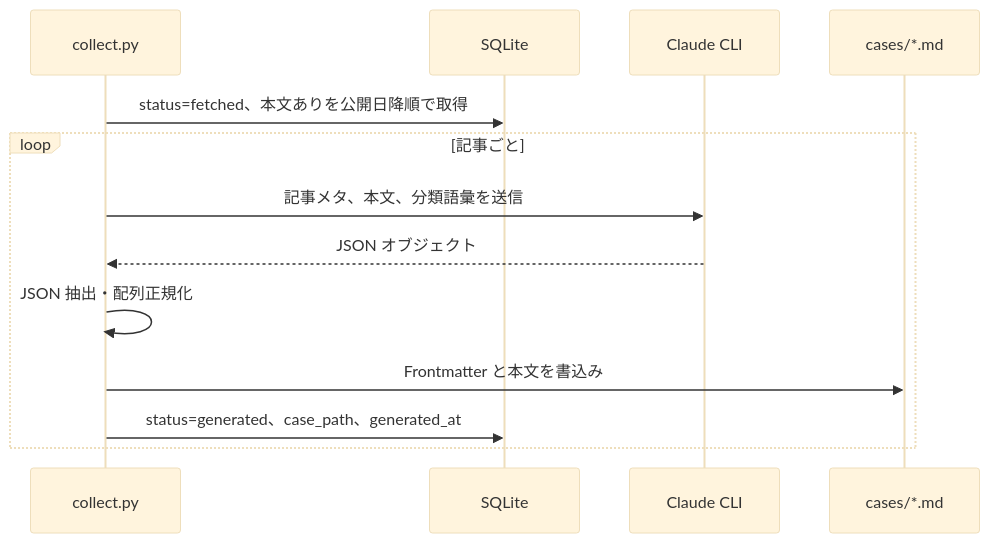
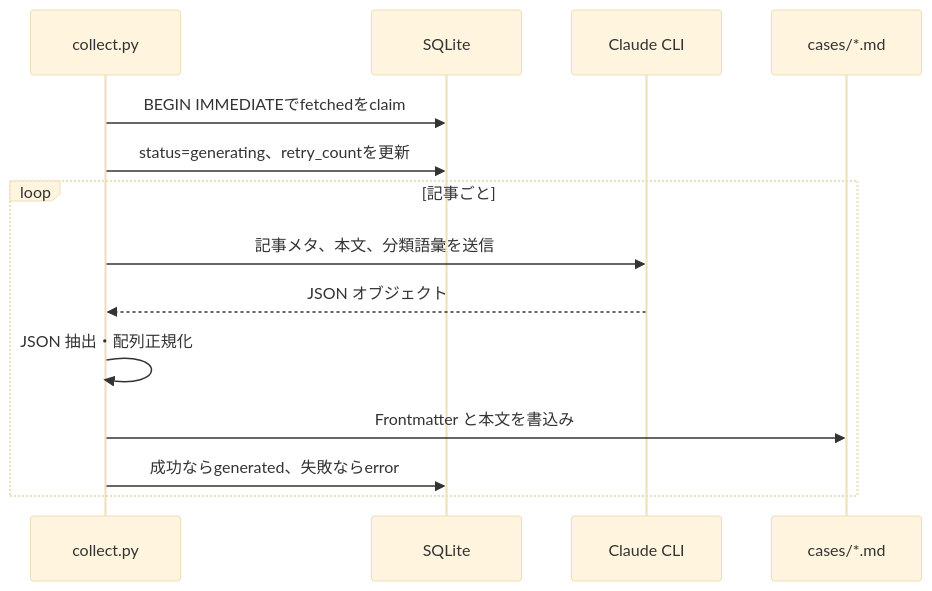
The third of 3 diagrams in docs/design.md (yatta47/ai-architecture-digest), drawn with Mermaid (base theme) before and after one commit. The commit also changed other lines of this file and 4 other files, not shown here.

````diff
--- a/docs/design.md
+++ b/docs/design.md
@@ -174,15 +180,16 @@
 ```mermaid
 sequenceDiagram
     participant CLI as collect.py
     participant DB as SQLite
     participant Claude as Claude CLI
     participant FS as cases/*.md
-    CLI->>DB: status=fetched、本文ありを公開日降順で取得
+    CLI->>DB: BEGIN IMMEDIATEでfetchedをclaim
+    CLI->>DB: status=generating、retry_countを更新
     loop 記事ごと
         CLI->>Claude: 記事メタ、本文、分類語彙を送信
         Claude-->>CLI: JSON オブジェクト
         CLI->>CLI: JSON 抽出・配列正規化
         CLI->>FS: Frontmatter と本文を書込み
-        CLI->>DB: status=generated、case_path、generated_at
+        CLI->>DB: 成功ならgenerated、失敗ならerror
     end
 ```
````
